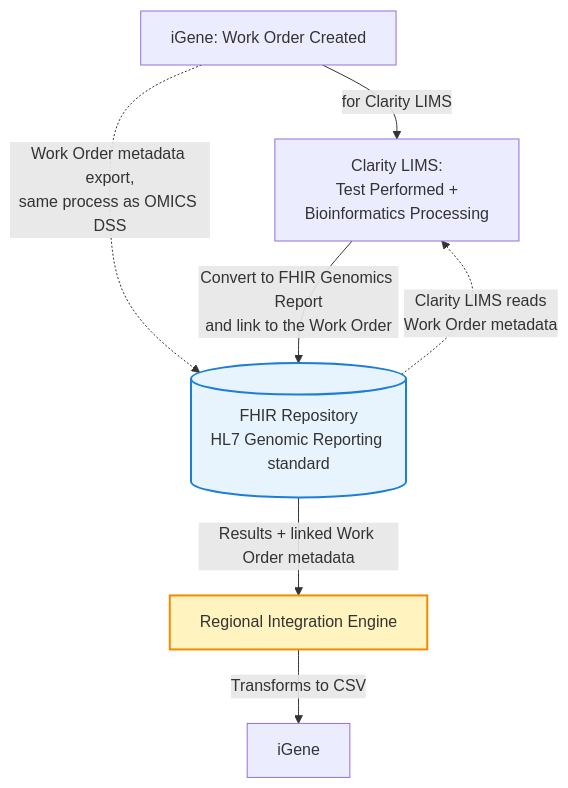
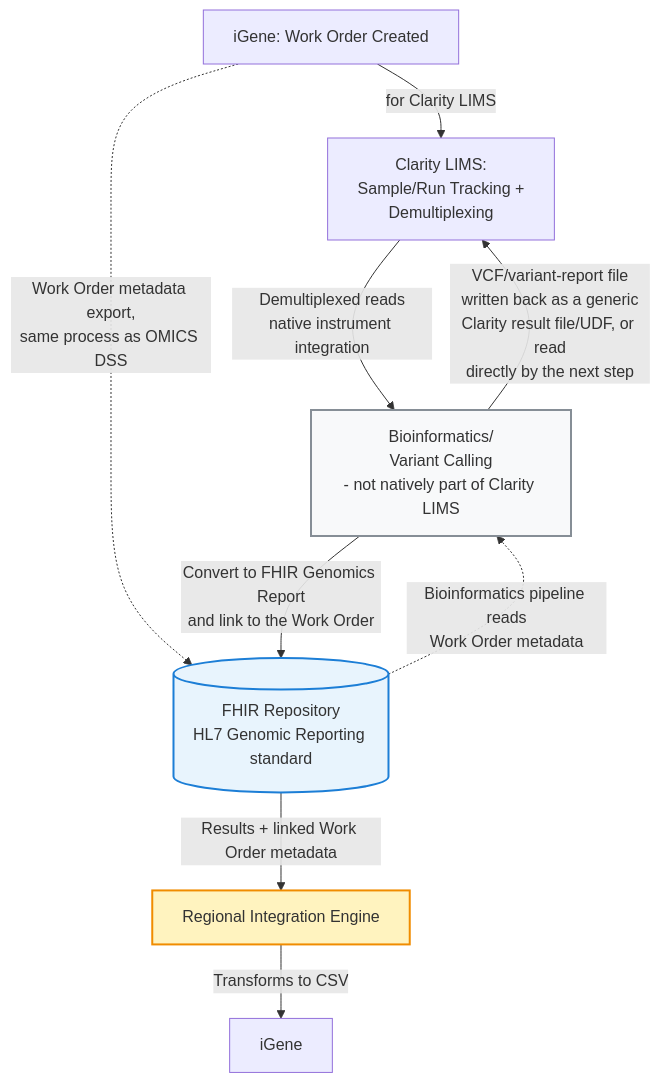
The third of 3 diagrams in input/pagecontent/ClarityLIMS.md (nw-gmsa/nw-gmsa.github.com), drawn with Mermaid before and after one commit. The commit also changed other lines of this file and 1 other file, not shown here.

````diff
--- a/input/pagecontent/ClarityLIMS.md
+++ b/input/pagecontent/ClarityLIMS.md
@@ -123,13 +159,16 @@
 ```mermaid
 flowchart TD
-    A[iGene: Work Order Created] -->|for Clarity LIMS| B[Clarity LIMS:<br/>Test Performed +<br/>Bioinformatics Processing]
+    A[iGene: Work Order Created] -->|for Clarity LIMS| B[Clarity LIMS:<br/>Sample/Run Tracking +<br/>Demultiplexing]
     A -.->|Work Order metadata export,<br/>same process as OMICS DSS| F
-    F -.->|Clarity LIMS reads<br/>Work Order metadata| B
+    F -.->|Bioinformatics pipeline reads<br/>Work Order metadata| C
 
-    B -->|Convert to FHIR Genomics Report<br/>and link to the Work Order| F[(FHIR Repository<br/>HL7 Genomic Reporting standard)]
+    B -->|Demultiplexed reads<br/>native instrument integration| C[Bioinformatics/<br/>Variant Calling<br/>- not natively part of Clarity LIMS]
+    C -->|VCF/variant-report file<br/>written back as a generic<br/>Clarity result file/UDF, or read<br/>directly by the next step| B
+    C -->|Convert to FHIR Genomics Report<br/>and link to the Work Order| F[(FHIR Repository<br/>HL7 Genomic Reporting standard)]
     F -->|Results + linked Work Order metadata| E[Regional Integration Engine]
     E -->|Transforms to CSV| G[iGene]
 
     style F fill:#e8f4fd,stroke:#1c7ed6,stroke-width:2px
     style E fill:#fff3bf,stroke:#f08c00,stroke-width:2px
+    style C fill:#f8f9fa,stroke:#868e96,stroke-width:2px
 ```
````
